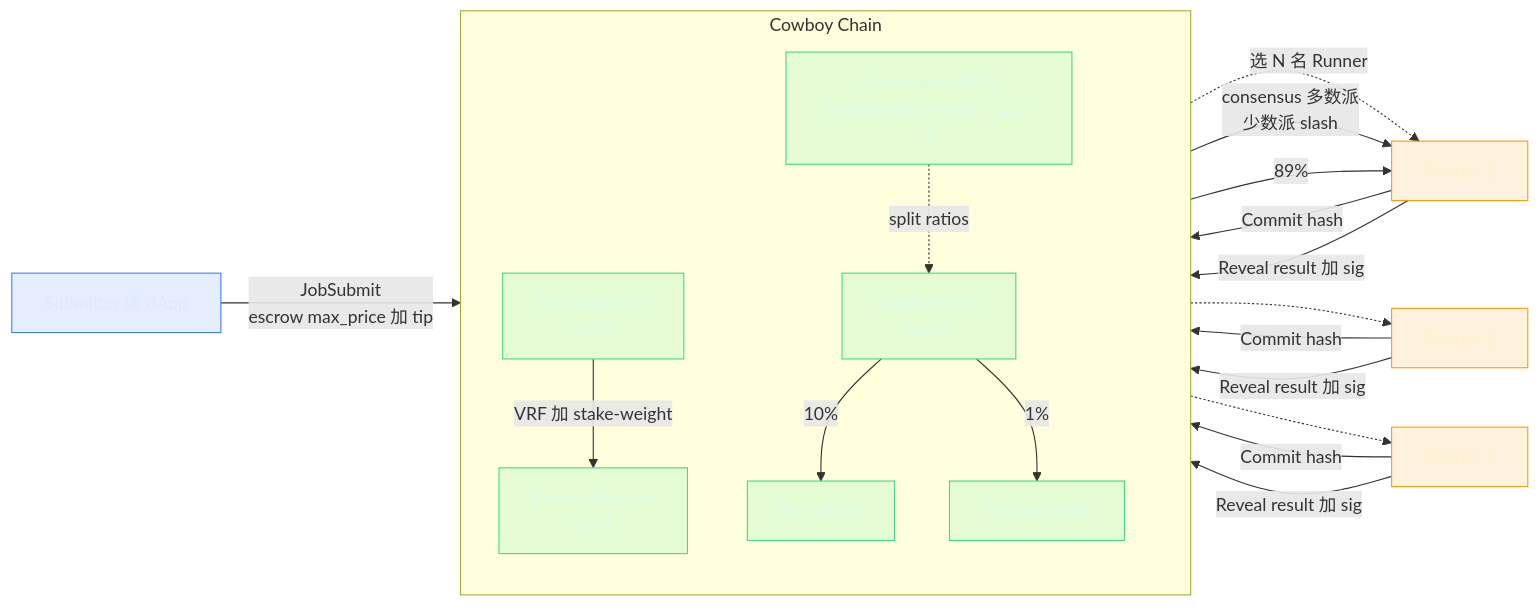
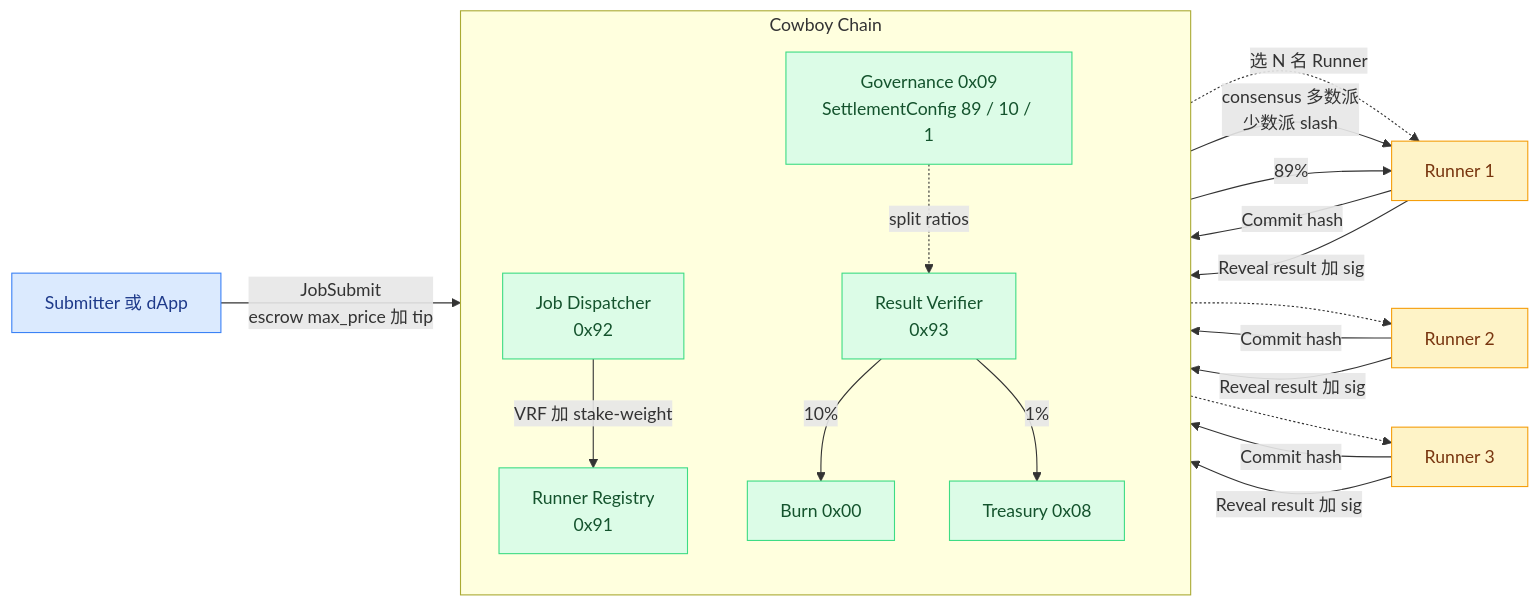
One commit to shawhanken/refs changed the fourth of 11 diagrams in runner/2026-04-28_MPP_Session_Research.md. Above: the diagram before and after it, drawn with Mermaid. The commit also changed other lines of this file, not shown here.

First line of the commit message:
docs: update flowchart and sequence diagram colors for improved clarity

````diff
--- a/runner/2026-04-28_MPP_Session_Research.md
+++ b/runner/2026-04-28_MPP_Session_Research.md
@@ -245,41 +245,41 @@
 ```mermaid
 flowchart LR
     subgraph CHAIN["Cowboy Chain"]
         direction TB
         REG["Runner Registry<br/>0x91"]
         DSP["Job Dispatcher<br/>0x92"]
         VER["Result Verifier<br/>0x93"]
         GOV["Governance 0x09<br/>SettlementConfig 89 / 10 / 1"]
         TRE["Treasury 0x08"]
         BURN["Burn 0x00"]
     end
 
     SUB["Submitter 或 dApp"]
     R1["Runner 1"]
     R2["Runner 2"]
     R3["Runner 3"]
 
     SUB -- "JobSubmit<br/>escrow max_price 加 tip" --> DSP
     DSP -- "VRF 加 stake-weight" --> REG
     DSP -. "选 N 名 Runner" .-> R1
     DSP -. " " .-> R2
     DSP -. " " .-> R3
     R1 -- "Commit hash" --> VER
     R2 -- "Commit hash" --> VER
     R3 -- "Commit hash" --> VER
     R1 -- "Reveal result 加 sig" --> VER
     R2 -- "Reveal result 加 sig" --> VER
     R3 -- "Reveal result 加 sig" --> VER
     VER -- "consensus 多数派<br/>少数派 slash" --> R1
     GOV -. "split ratios" .-> VER
     VER -- "89%" --> R1
     VER -- "10%" --> BURN
     VER -- "1%" --> TRE
 
-    classDef chain fill:#3ddc8422,stroke:#3ddc84,color:#dcfce7
-    classDef offchain fill:#f59e0b22,stroke:#f59e0b,color:#fef3c7
-    classDef user fill:#3b82f622,stroke:#3b82f6,color:#dbeafe
+    classDef chain fill:#dcfce7,stroke:#3ddc84,color:#14532d
+    classDef offchain fill:#fef3c7,stroke:#f59e0b,color:#78350f
+    classDef user fill:#dbeafe,stroke:#3b82f6,color:#1e3a8a
     class REG,DSP,VER,GOV,TRE,BURN chain
     class R1,R2,R3 offchain
     class SUB user
 ```
````
